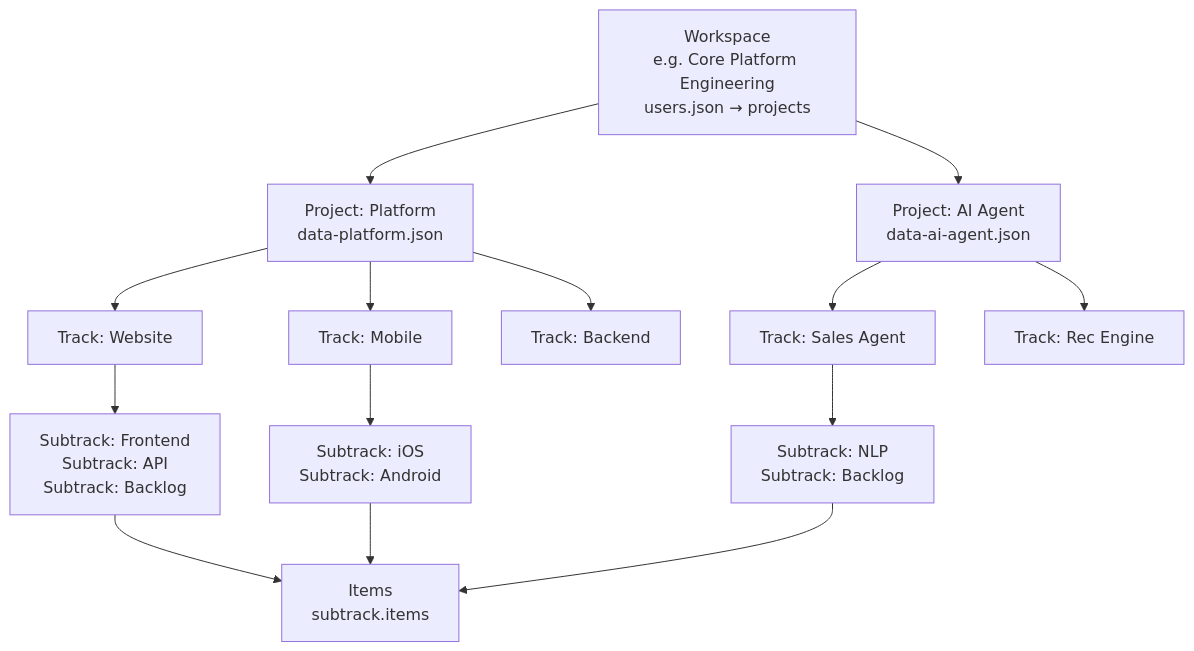
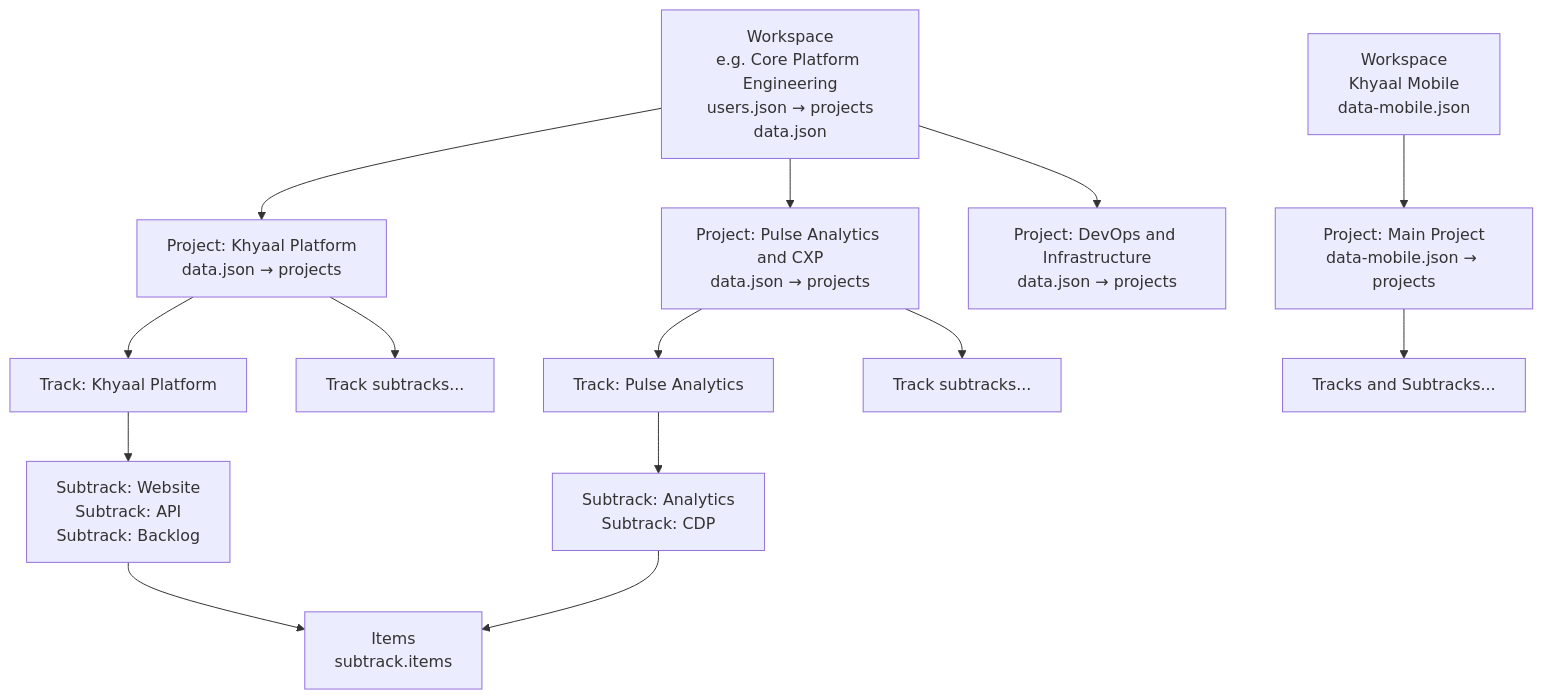
One commit to Khyaal-Inc/khyaal-engineering-updates changed the fifth of 6 diagrams in docs/PRODUCT_FLOW.md. Above: the diagram before and after it, drawn with Mermaid. The commit also changed other lines of this file and 8 other files, not shown here.

Commit message:
refactor: update workspace/project hierarchy and implement admin panel with role-based access control

````diff
--- a/docs/PRODUCT_FLOW.md
+++ b/docs/PRODUCT_FLOW.md
@@ -152,15 +161,18 @@
 ```mermaid
 flowchart TD
-    WS[Workspace\ne.g. Core Platform Engineering\nusers.json → projects]
-    WS --> P1[Project: Platform\ndata-platform.json]
-    WS --> P2[Project: AI Agent\ndata-ai-agent.json]
-    P1 --> T1A[Track: Website]
-    P1 --> T1B[Track: Mobile]
-    P1 --> T1C[Track: Backend]
-    P2 --> T2A[Track: Sales Agent]
-    P2 --> T2B[Track: Rec Engine]
-    T1A --> S1A[Subtrack: Frontend\nSubtrack: API\nSubtrack: Backlog]
-    T1B --> S1B[Subtrack: iOS\nSubtrack: Android]
-    T2A --> S2A[Subtrack: NLP\nSubtrack: Backlog]
-    S1A & S1B & S2A --> I[Items\nsubtrack.items]
+    WS[Workspace\ne.g. Core Platform Engineering\nusers.json → projects\ndata.json]
+    WS --> P1[Project: Khyaal Platform\ndata.json → projects]
+    WS --> P2[Project: Pulse Analytics and CXP\ndata.json → projects]
+    WS --> P3[Project: DevOps and Infrastructure\ndata.json → projects]
+    P1 --> T1A[Track: Khyaal Platform]
+    P1 --> T1B[Track subtracks...]
+    P2 --> T2A[Track: Pulse Analytics]
+    P2 --> T2B[Track subtracks...]
+    T1A --> S1A[Subtrack: Website\nSubtrack: API\nSubtrack: Backlog]
+    T2A --> S2A[Subtrack: Analytics\nSubtrack: CDP]
+    S1A & S2A --> I[Items\nsubtrack.items]
+
+    WS2[Workspace\nKhyaal Mobile\ndata-mobile.json]
+    WS2 --> MP1[Project: Main Project\ndata-mobile.json → projects]
+    MP1 --> MT1[Tracks and Subtracks...]
 ```
````
